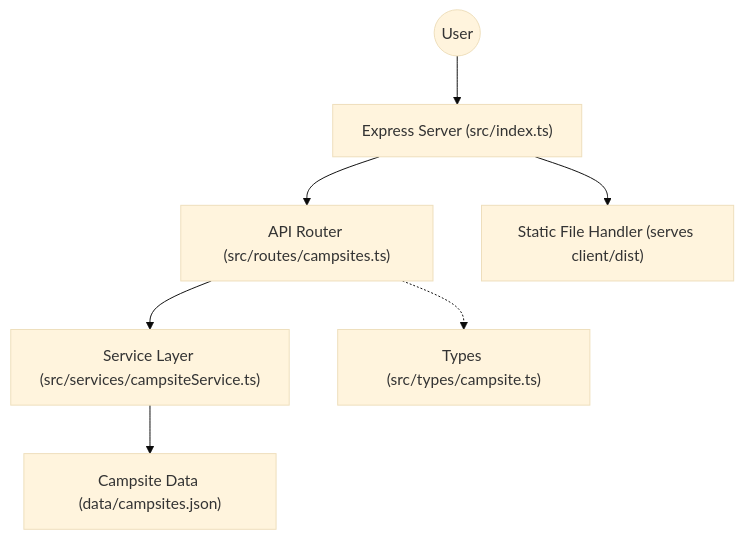
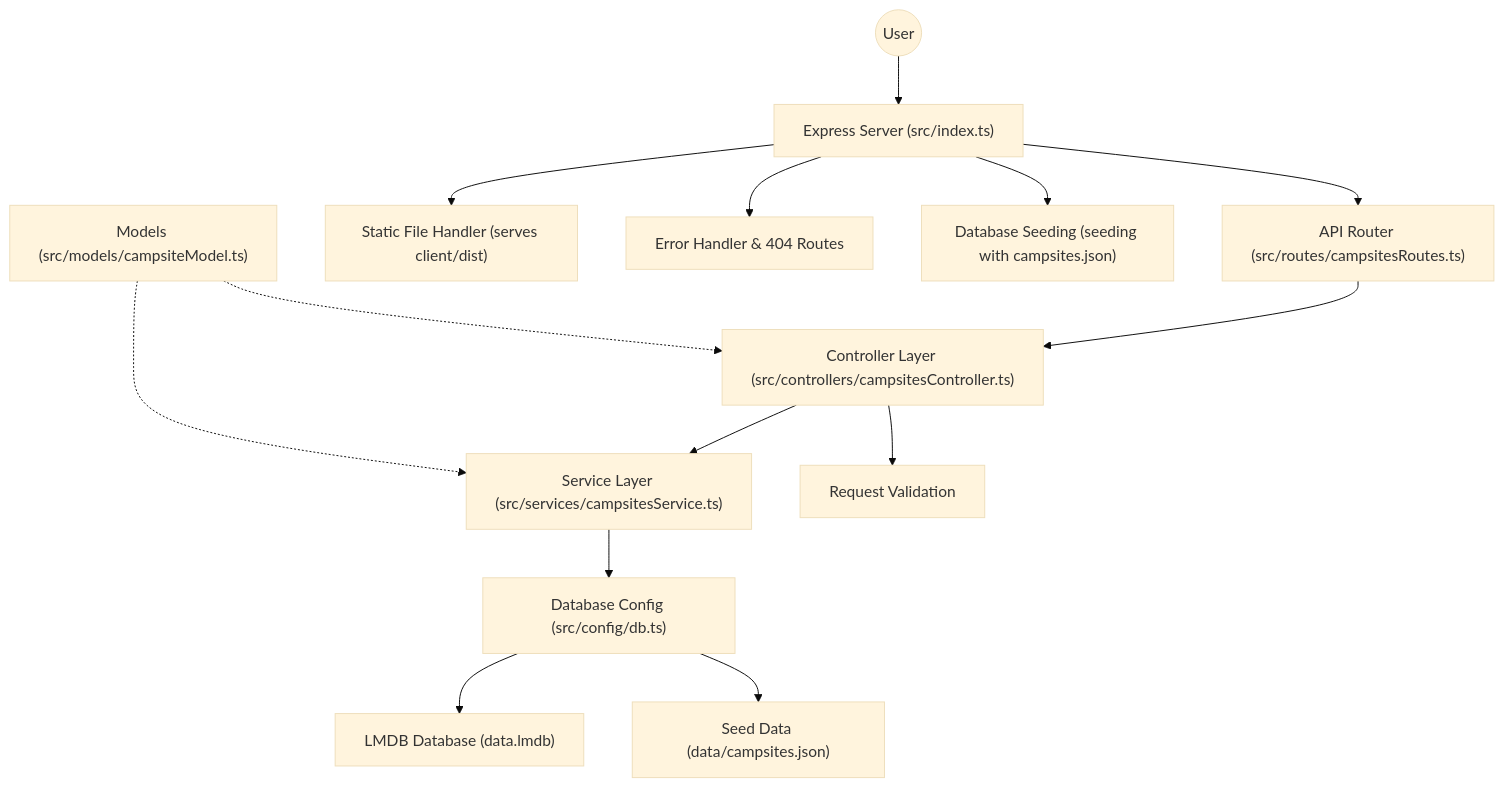
One commit to baileydunning/campsights changed the diagram in packages/server/README.md. Above: the diagram before and after it, drawn with Mermaid (base theme). The commit also changed other lines of this file and 11 other files, not shown here.

````diff
--- a/packages/server/README.md
+++ b/packages/server/README.md
@@ -15,21 +17,37 @@
 ```mermaid
 flowchart TD
   User((User)) --> ExpressServer
 
   ExpressServer["Express Server (src/index.ts)"]
   ExpressServer --> APIRouter
   ExpressServer --> StaticHandler
+  ExpressServer --> ErrorHandler
+  ExpressServer --> SeedDatabase
 
-  APIRouter["API Router (src/routes/campsites.ts)"]
-  APIRouter --> ServiceLayer
-  APIRouter -.-> Types
+  APIRouter["API Router (src/routes/campsitesRoutes.ts)"]
+  APIRouter --> Controller
 
-  ServiceLayer["Service Layer (src/services/campsiteService.ts)"]
-  ServiceLayer --> DataFile
+  Controller["Controller Layer (src/controllers/campsitesController.ts)"]
+  Controller --> ServiceLayer
+  Controller --> Validation
 
-  DataFile["Campsite Data (data/campsites.json)"]
+  ServiceLayer["Service Layer (src/services/campsitesService.ts)"]
+  ServiceLayer --> DatabaseConfig
 
-  Types["Types (src/types/campsite.ts)"]
+  DatabaseConfig["Database Config (src/config/db.ts)"]
+  DatabaseConfig --> LMDB
+  DatabaseConfig --> SeedData
+
+  LMDB["LMDB Database (data.lmdb)"]
+  SeedData["Seed Data (data/campsites.json)"]
+
+  Models["Models (src/models/campsiteModel.ts)"]
+  Models -.-> Controller
+  Models -.-> ServiceLayer
 
   StaticHandler["Static File Handler (serves client/dist)"]
+  ErrorHandler["Error Handler & 404 Routes"]
+  SeedDatabase["Database Seeding (seeding with campsites.json)"]
+
+  Validation["Request Validation"]
 ```
````
